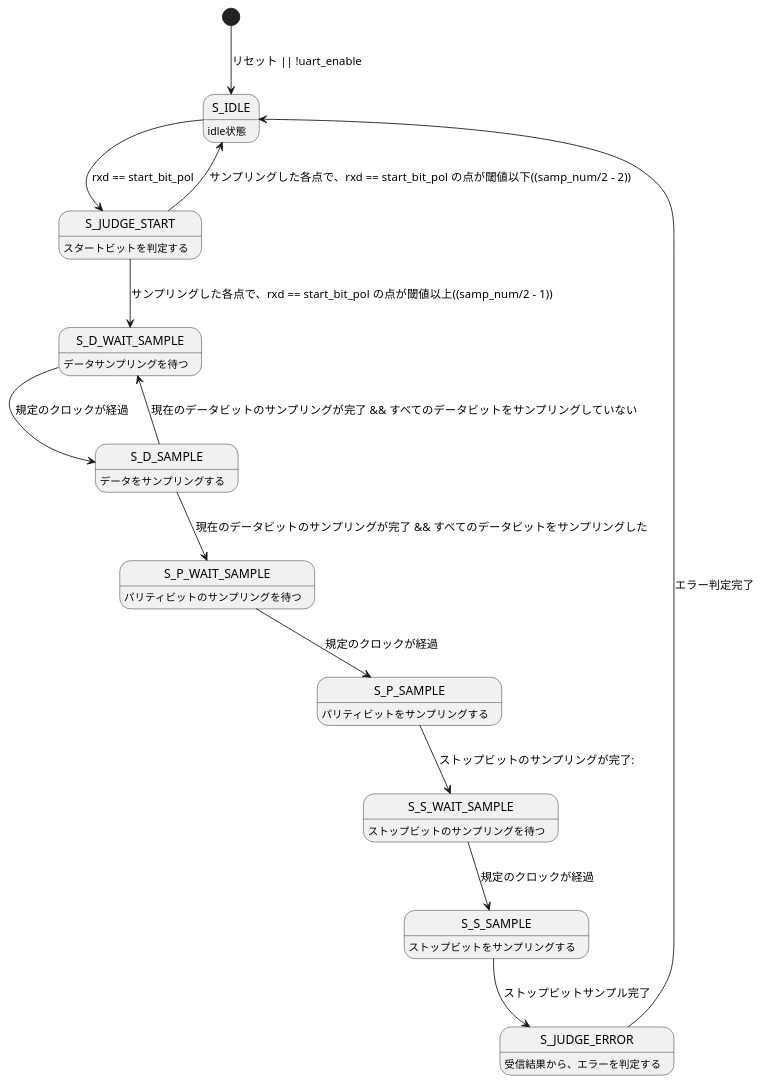
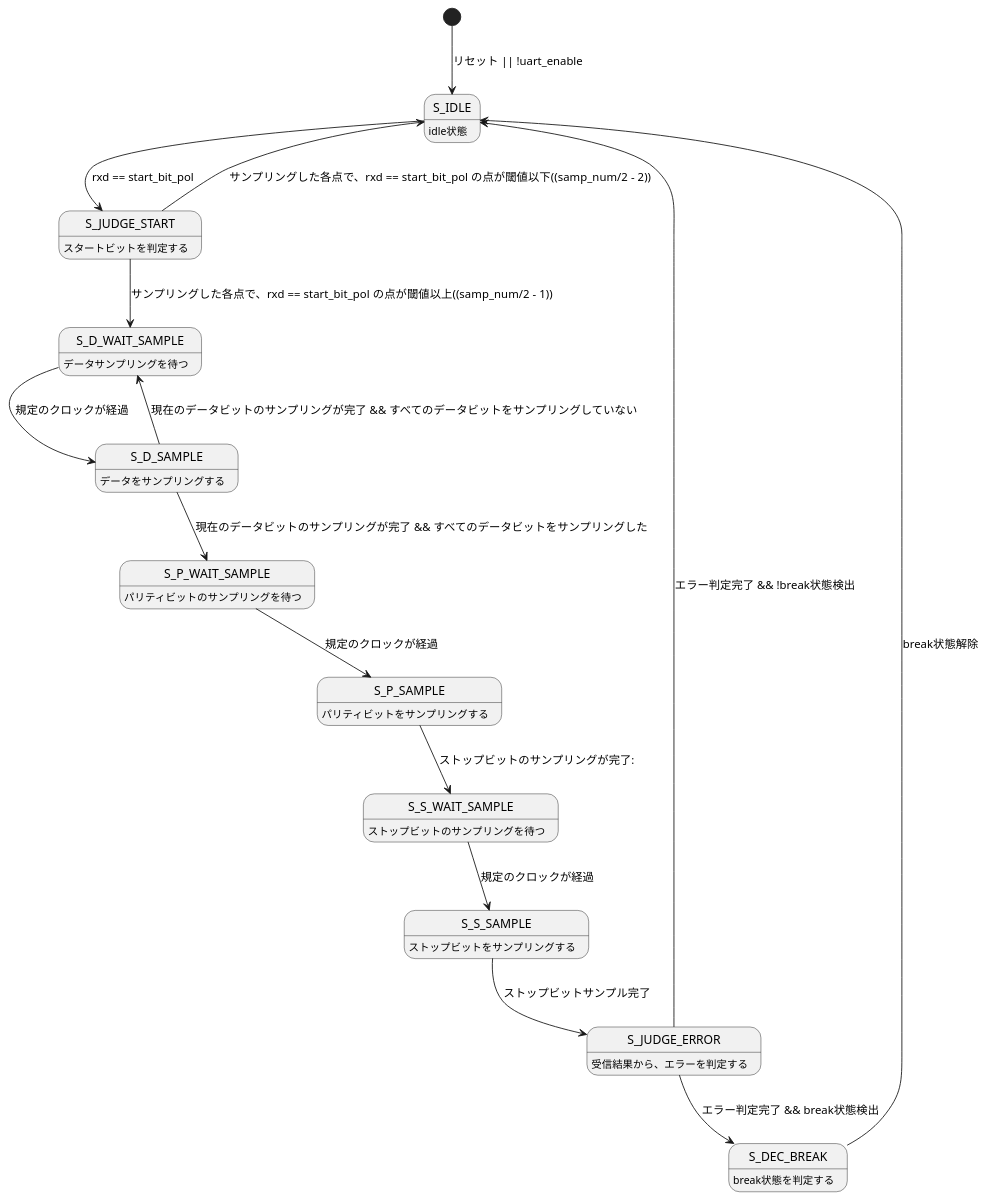
One commit to YKengo1224/rtl-ip-library changed the diagram in peripheral/uart/doc/figure/uart_rx_fsm.pu. Above: the diagram before and after it, drawn with PlantUML. The commit also changed 5 other files, not shown here.

```diff
--- a/peripheral/uart/doc/figure/uart_rx_fsm.pu
+++ b/peripheral/uart/doc/figure/uart_rx_fsm.pu
@@ -1,28 +1,31 @@
 @startuml
 hide empty description
 
 [*] --> S_IDLE : リセット || !uart_enable
 
 S_IDLE :idle状態
 S_JUDGE_START : スタートビットを判定する
 S_D_WAIT_SAMPLE : データサンプリングを待つ
 S_D_SAMPLE : データをサンプリングする
 S_P_WAIT_SAMPLE : パリティビットのサンプリングを待つ
 S_P_SAMPLE : パリティビットをサンプリングする
 S_S_WAIT_SAMPLE : ストップビットのサンプリングを待つ
 S_S_SAMPLE : ストップビットをサンプリングする
 S_JUDGE_ERROR : 受信結果から、エラーを判定する
+S_DEC_BREAK : break状態を判定する
 
 S_IDLE --> S_JUDGE_START : rxd == start_bit_pol
 S_JUDGE_START --> S_IDLE : サンプリングした各点で、rxd == start_bit_pol の点が閾値以下((samp_num/2  - 2))
 S_JUDGE_START --> S_D_WAIT_SAMPLE : サンプリングした各点で、rxd == start_bit_pol の点が閾値以上((samp_num/2  - 1))
 S_D_WAIT_SAMPLE --> S_D_SAMPLE : 規定のクロックが経過
 S_D_SAMPLE --> S_D_WAIT_SAMPLE : 現在のデータビットのサンプリングが完了 && すべてのデータビットをサンプリングしていない
 S_D_SAMPLE --> S_P_WAIT_SAMPLE : 現在のデータビットのサンプリングが完了 && すべてのデータビットをサンプリングした
 S_P_WAIT_SAMPLE --> S_P_SAMPLE : 規定のクロックが経過
 S_P_SAMPLE --> S_S_WAIT_SAMPLE : ストップビットのサンプリングが完了:
 S_S_WAIT_SAMPLE --> S_S_SAMPLE : 規定のクロックが経過 
 S_S_SAMPLE --> S_JUDGE_ERROR : ストップビットサンプル完了
-S_JUDGE_ERROR --> S_IDLE : エラー判定完了
+S_JUDGE_ERROR --> S_DEC_BREAK : エラー判定完了 && break状態検出
+S_JUDGE_ERROR --> S_IDLE : エラー判定完了 && !break状態検出
+S_DEC_BREAK --> S_IDLE : break状態解除
 
 @enduml
```
